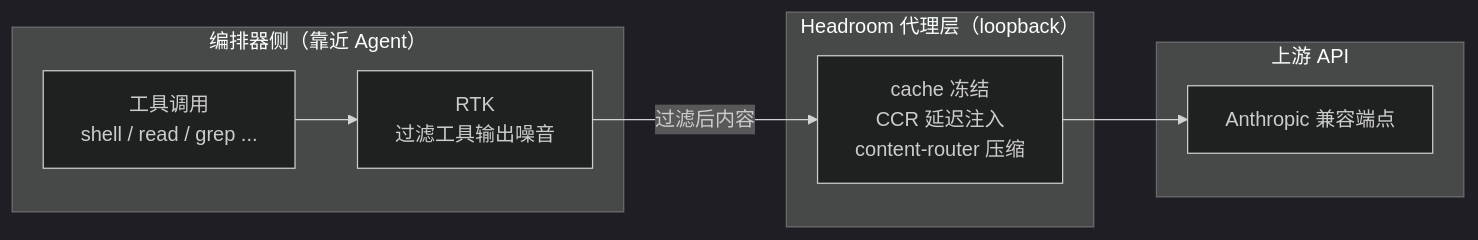
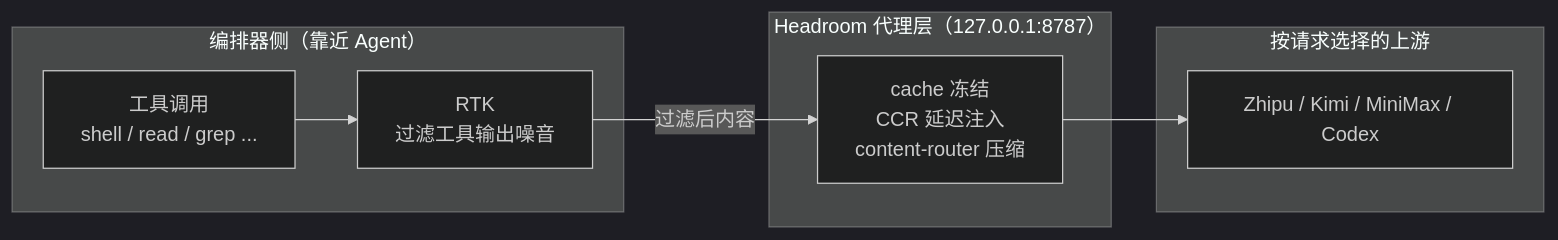
One commit to DavidHLP/DavidHLP.github.io changed the fourth of 6 diagrams in src/content/note/zh-cn/omp-config-and-rules-guide.md. Above: the diagram before and after it, drawn with Mermaid (dark theme). The commit also changed other lines of this file and 11 other files, not shown here.

````diff
--- a/src/content/note/zh-cn/omp-config-and-rules-guide.md
+++ b/src/content/note/zh-cn/omp-config-and-rules-guide.md
@@ -356,16 +440,16 @@
 ```mermaid
 flowchart LR
   subgraph Edge["编排器侧（靠近 Agent）"]
     T["工具调用<br/>shell / read / grep ..."]
     R["RTK<br/>过滤工具输出噪音"]
   end
-  subgraph Proxy["Headroom 代理层（loopback）"]
+  subgraph Proxy["Headroom 代理层（127.0.0.1:8787）"]
     H["cache 冻结<br/>CCR 延迟注入<br/>content-router 压缩"]
   end
-  subgraph Up["上游 API"]
-    U["Anthropic 兼容端点"]
+  subgraph Up["按请求选择的上游"]
+    U["Zhipu / Kimi / MiniMax / Codex"]
   end
   T --> R
   R -->|"过滤后内容"| H
   H --> U
 ```
````
